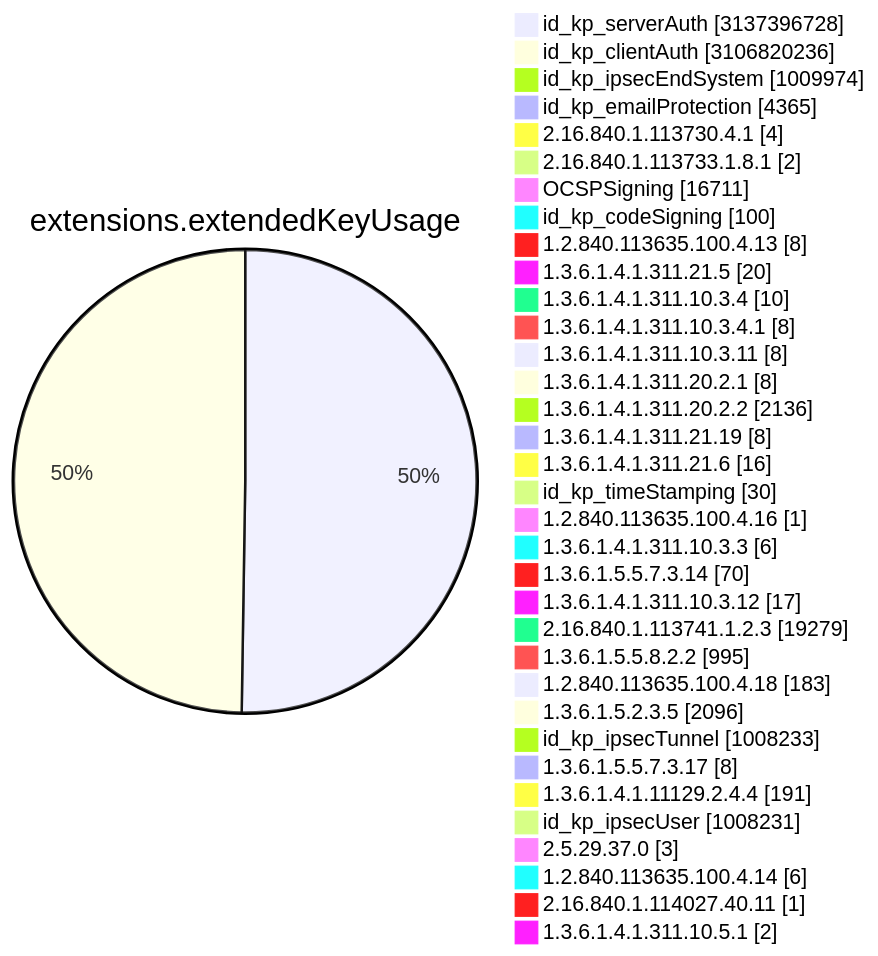
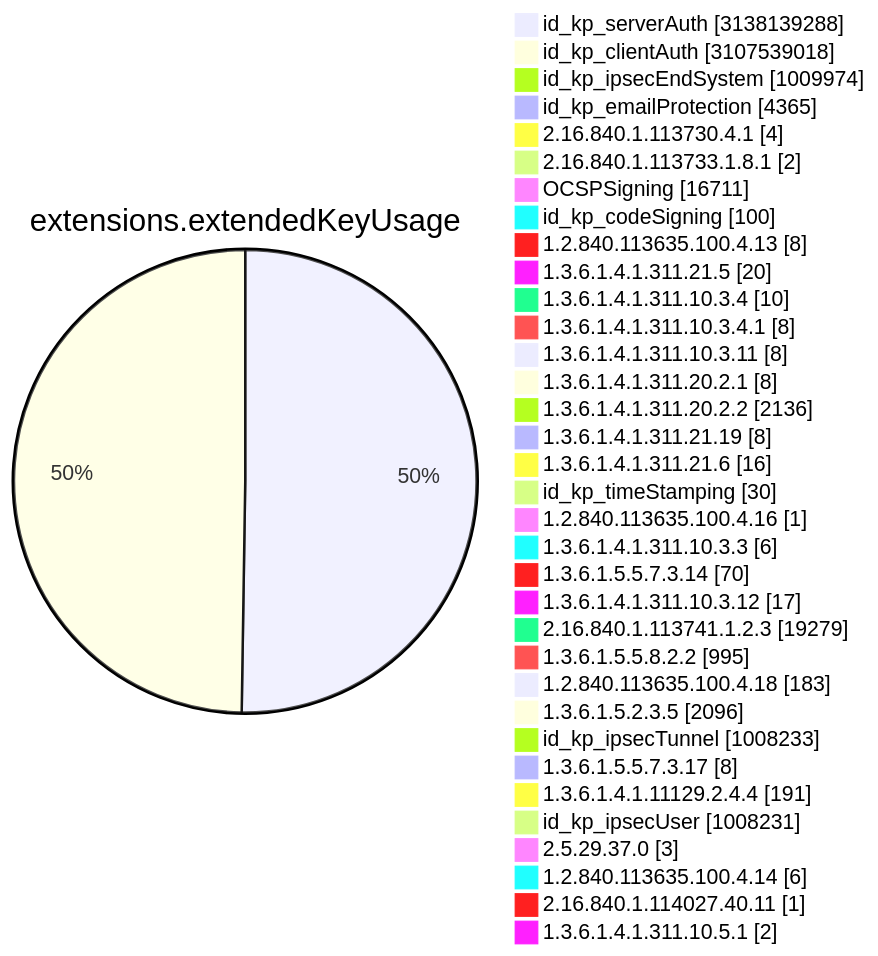
One commit to christiankrug/ctmonitor_visualization changed diagram 11 of 15 in TOTAL/README.md. Above: the diagram before and after it, drawn with Mermaid. The commit also changed other lines of this file, not shown here.

````diff
--- a/TOTAL/README.md
+++ b/TOTAL/README.md
@@ -4117,38 +4117,38 @@
 ```mermaid
 pie showData
 title extensions.extendedKeyUsage
-"id_kp_serverAuth" :3137396728
-"id_kp_clientAuth" :3106820236
+"id_kp_serverAuth" :3138139288
+"id_kp_clientAuth" :3107539018
 "id_kp_ipsecEndSystem" :1009974
 "id_kp_emailProtection" :4365
 "2.16.840.1.113730.4.1" :4
 "2.16.840.1.113733.1.8.1" :2
 "OCSPSigning" :16711
 "id_kp_codeSigning" :100
 "1.2.840.113635.100.4.13" :8
 "1.3.6.1.4.1.311.21.5" :20
 "1.3.6.1.4.1.311.10.3.4" :10
 "1.3.6.1.4.1.311.10.3.4.1" :8
 "1.3.6.1.4.1.311.10.3.11" :8
 "1.3.6.1.4.1.311.20.2.1" :8
 "1.3.6.1.4.1.311.20.2.2" :2136
 "1.3.6.1.4.1.311.21.19" :8
 "1.3.6.1.4.1.311.21.6" :16
 "id_kp_timeStamping" :30
 "1.2.840.113635.100.4.16" :1
 "1.3.6.1.4.1.311.10.3.3" :6
 "1.3.6.1.5.5.7.3.14" :70
 "1.3.6.1.4.1.311.10.3.12" :17
 "2.16.840.1.113741.1.2.3" :19279
 "1.3.6.1.5.5.8.2.2" :995
 "1.2.840.113635.100.4.18" :183
 "1.3.6.1.5.2.3.5" :2096
 "id_kp_ipsecTunnel" :1008233
 "1.3.6.1.5.5.7.3.17" :8
 "1.3.6.1.4.1.11129.2.4.4" :191
 "id_kp_ipsecUser" :1008231
 "2.5.29.37.0" :3
 "1.2.840.113635.100.4.14" :6
 "2.16.840.1.114027.40.11" :1
 "1.3.6.1.4.1.311.10.5.1" :2
 ```
````
